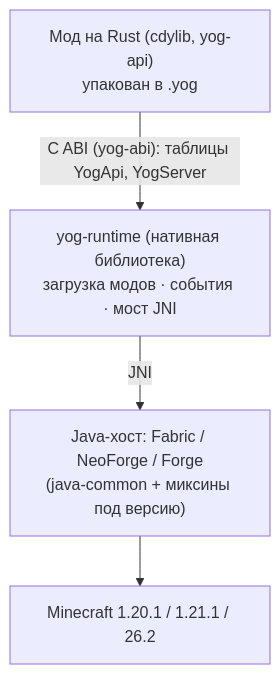
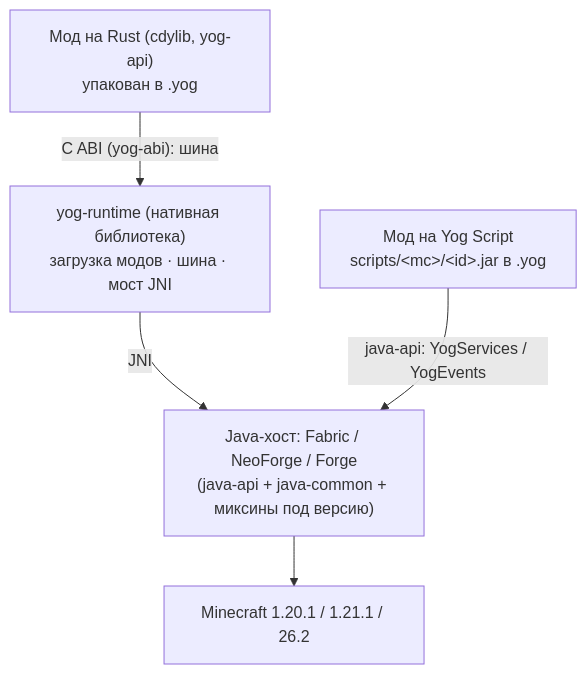
Before and after one commit to F000NKKK/Yog-Mod-Loader: the diagram in README.ru.md, drawn with Mermaid. The commit also changed other lines of this file and 1 other file, not shown here.

````diff
--- a/README.ru.md
+++ b/README.ru.md
@@ -407,10 +496,12 @@
 ```mermaid
 flowchart TB
     mod["Мод на Rust (cdylib, yog-api)<br/>упакован в .yog"]
-    rt["yog-runtime (нативная библиотека)<br/>загрузка модов · события · мост JNI"]
-    host["Java-хост: Fabric / NeoForge / Forge<br/>(java-common + миксины под версию)"]
+    ys["Мод на Yog Script<br/>scripts/&lt;mc&gt;/&lt;id&gt;.jar в .yog"]
+    rt["yog-runtime (нативная библиотека)<br/>загрузка модов · шина · мост JNI"]
+    host["Java-хост: Fabric / NeoForge / Forge<br/>(java-api + java-common + миксины под версию)"]
     mc["Minecraft 1.20.1 / 1.21.1 / 26.2"]
-    mod -- "C ABI (yog-abi): таблицы YogApi, YogServer" --> rt
+    mod -- "C ABI (yog-abi): шина" --> rt
     rt -- "JNI" --> host
+    ys -- "java-api: YogServices / YogEvents" --> host
     host --> mc
 ```
````
